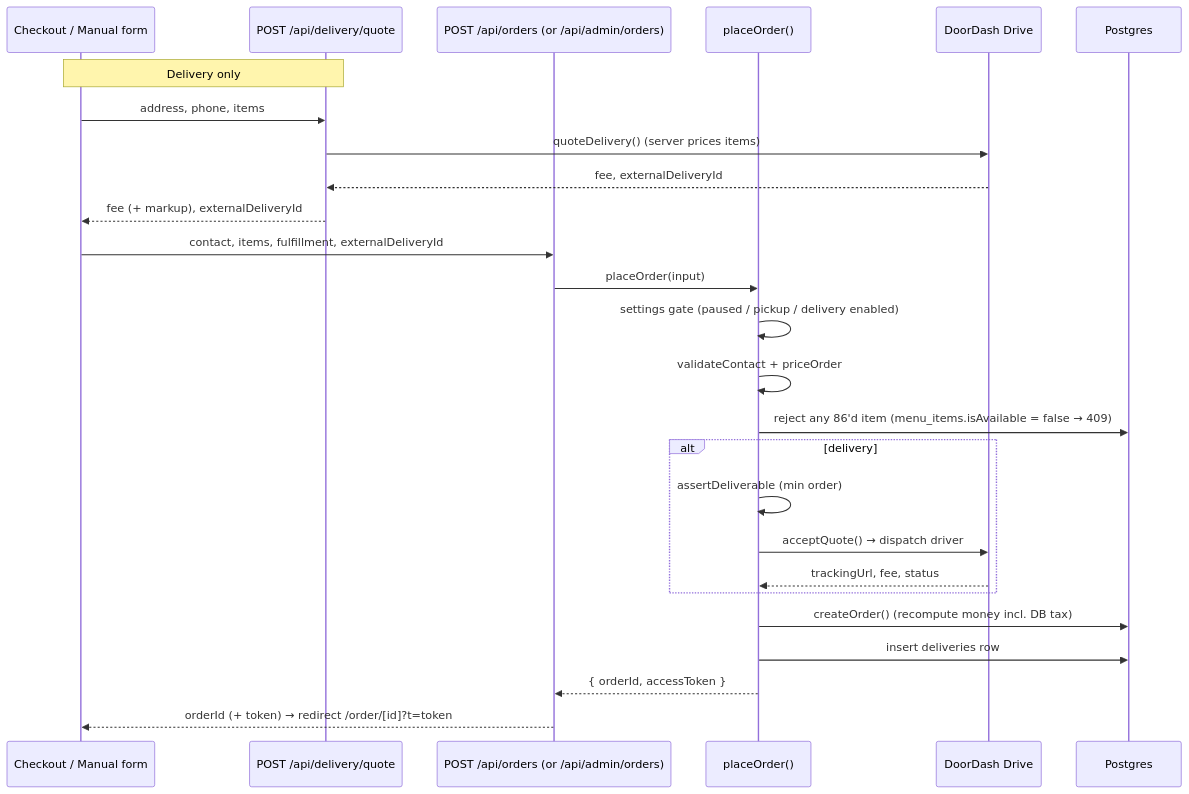
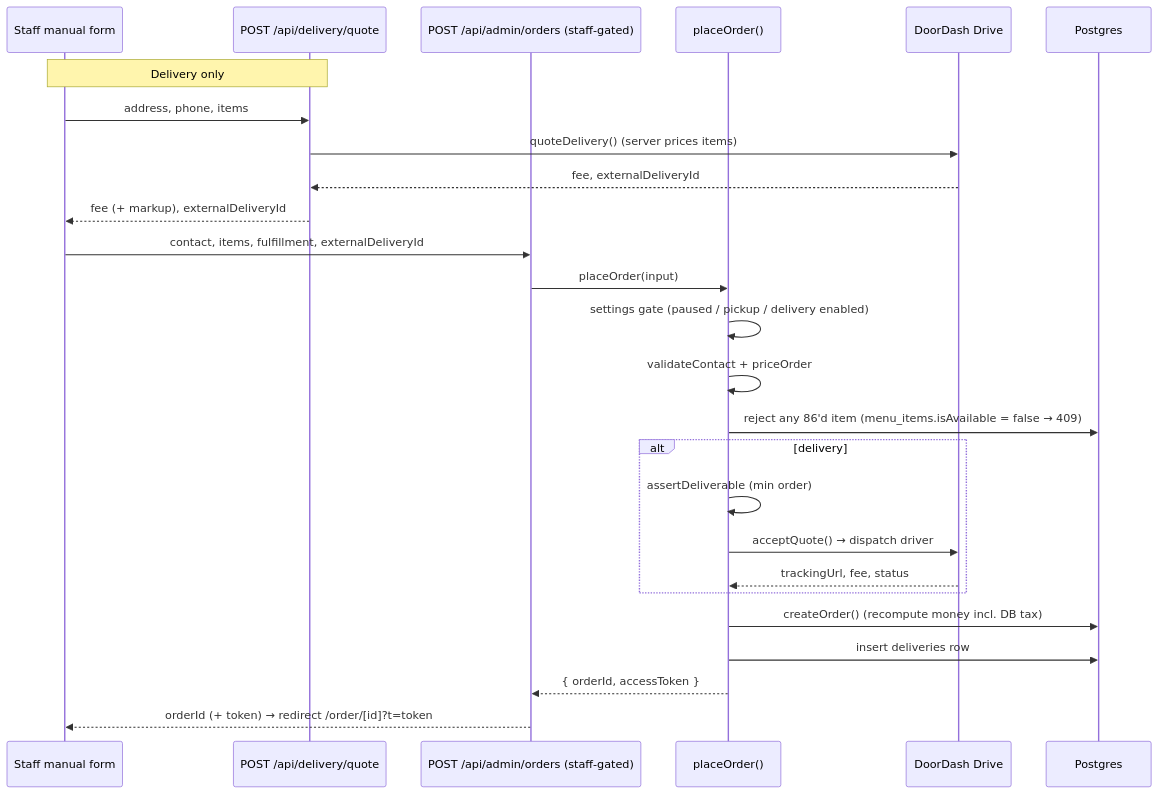
One commit to torpedo88/annapurnaoakland changed the second of 3 diagrams in docs/ARCHITECTURE.md. Above: the diagram before and after it, drawn with Mermaid. The commit also changed other lines of this file and 2 other files, not shown here.

````diff
--- a/docs/ARCHITECTURE.md
+++ b/docs/ARCHITECTURE.md
@@ -225,29 +231,29 @@
 ```mermaid
 sequenceDiagram
-  participant C as Checkout / Manual form
+  participant C as Staff manual form
   participant Q as POST /api/delivery/quote
-  participant O as POST /api/orders (or /api/admin/orders)
+  participant O as POST /api/admin/orders (staff-gated)
   participant P as placeOrder()
   participant DD as DoorDash Drive
   participant DB as Postgres
 
   Note over C,Q: Delivery only
   C->>Q: address, phone, items
   Q->>DD: quoteDelivery() (server prices items)
   DD-->>Q: fee, externalDeliveryId
   Q-->>C: fee (+ markup), externalDeliveryId
   C->>O: contact, items, fulfillment, externalDeliveryId
   O->>P: placeOrder(input)
   P->>P: settings gate (paused / pickup / delivery enabled)
   P->>P: validateContact + priceOrder
   P->>DB: reject any 86'd item (menu_items.isAvailable = false → 409)
   alt delivery
     P->>P: assertDeliverable (min order)
     P->>DD: acceptQuote() → dispatch driver
     DD-->>P: trackingUrl, fee, status
   end
   P->>DB: createOrder() (recompute money incl. DB tax)
   P->>DB: insert deliveries row
   P-->>O: { orderId, accessToken }
   O-->>C: orderId (+ token) → redirect /order/[id]?t=token
 ```
````
